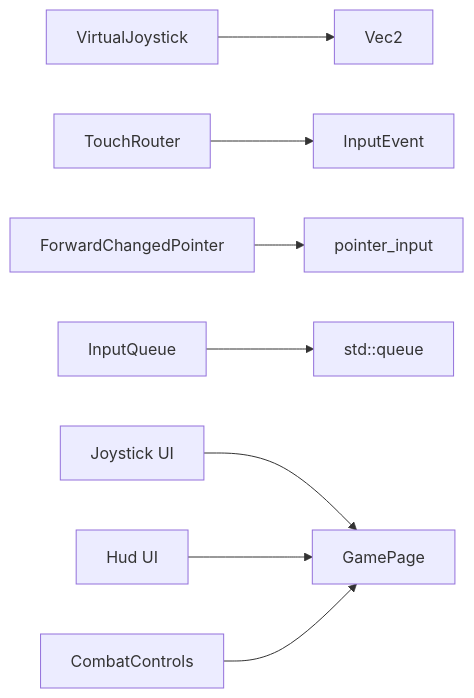
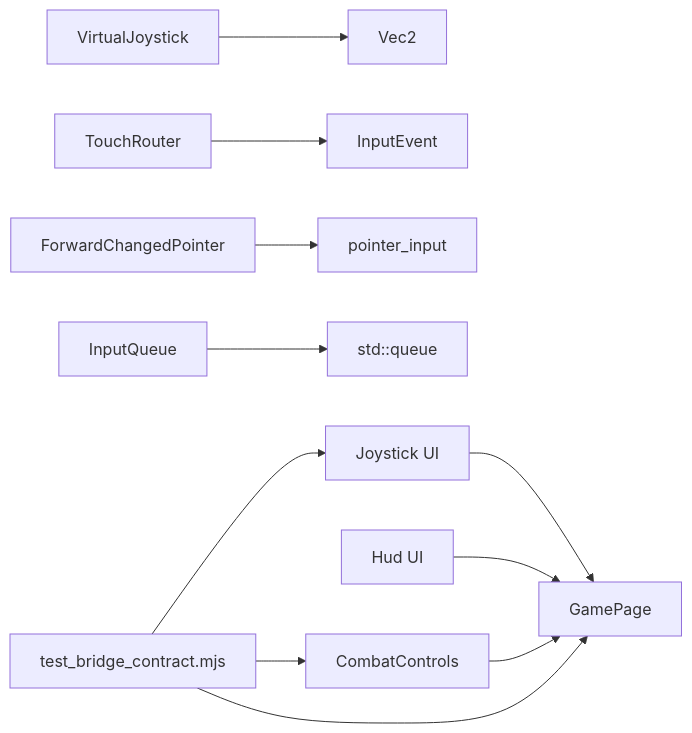
Before and after one commit to sj123sheng/my-world: the sixth of 6 diagrams in .qoder/repowiki/zh/content/输入处理系统/虚拟摇杆控制.md, drawn with Mermaid. The commit also changed other lines of this file and 28 other files, not shown here.

````diff
--- a/.qoder/repowiki/zh/content/输入处理系统/虚拟摇杆控制.md
+++ b/.qoder/repowiki/zh/content/输入处理系统/虚拟摇杆控制.md
@@ -282,10 +302,13 @@
 ```mermaid
 graph LR
 VJ["VirtualJoystick"] --> V2["Vec2"]
 TR["TouchRouter"] --> IE["InputEvent"]
 CPF["ForwardChangedPointer"] --> PI["pointer_input"]
 IQ["InputQueue"] --> Q["std::queue"]
 JS["Joystick UI"] --> GP["GamePage"]
 HD["Hud UI"] --> GP
 CC["CombatControls"] --> GP
+TBC["test_bridge_contract.mjs"] --> JS
+TBC --> CC
+TBC --> GP
 ```
````
